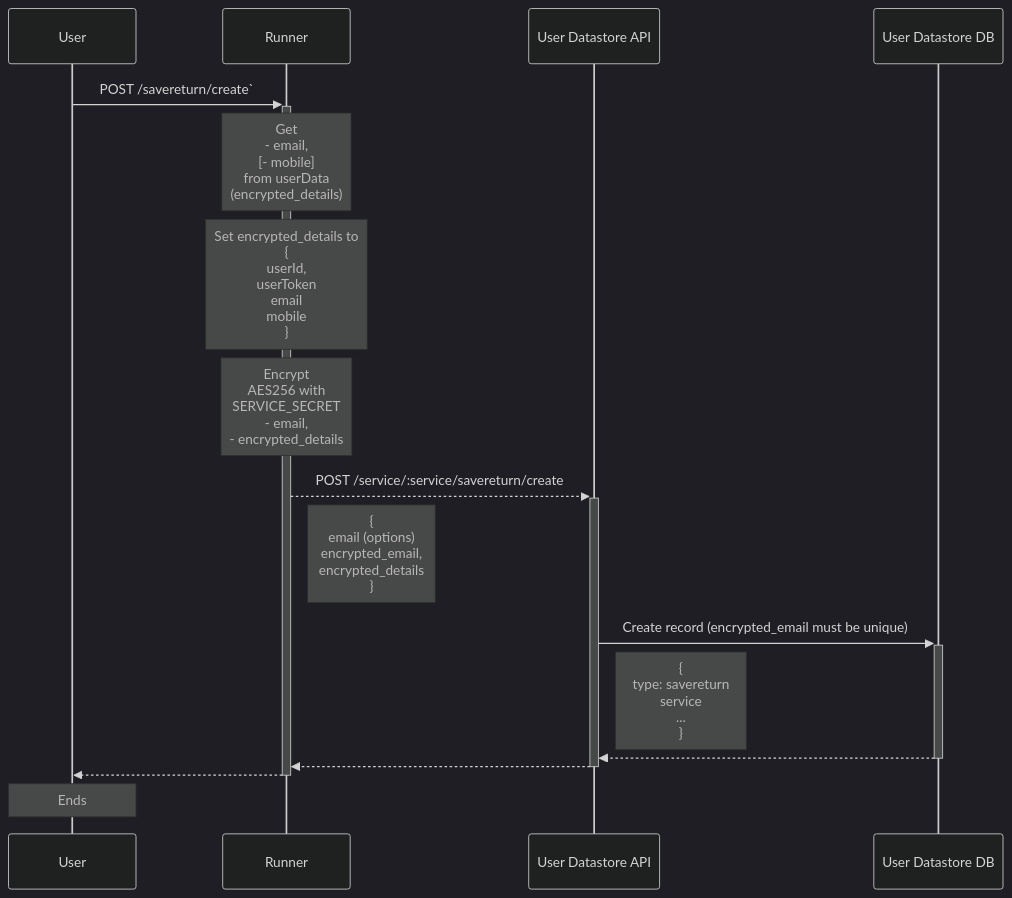
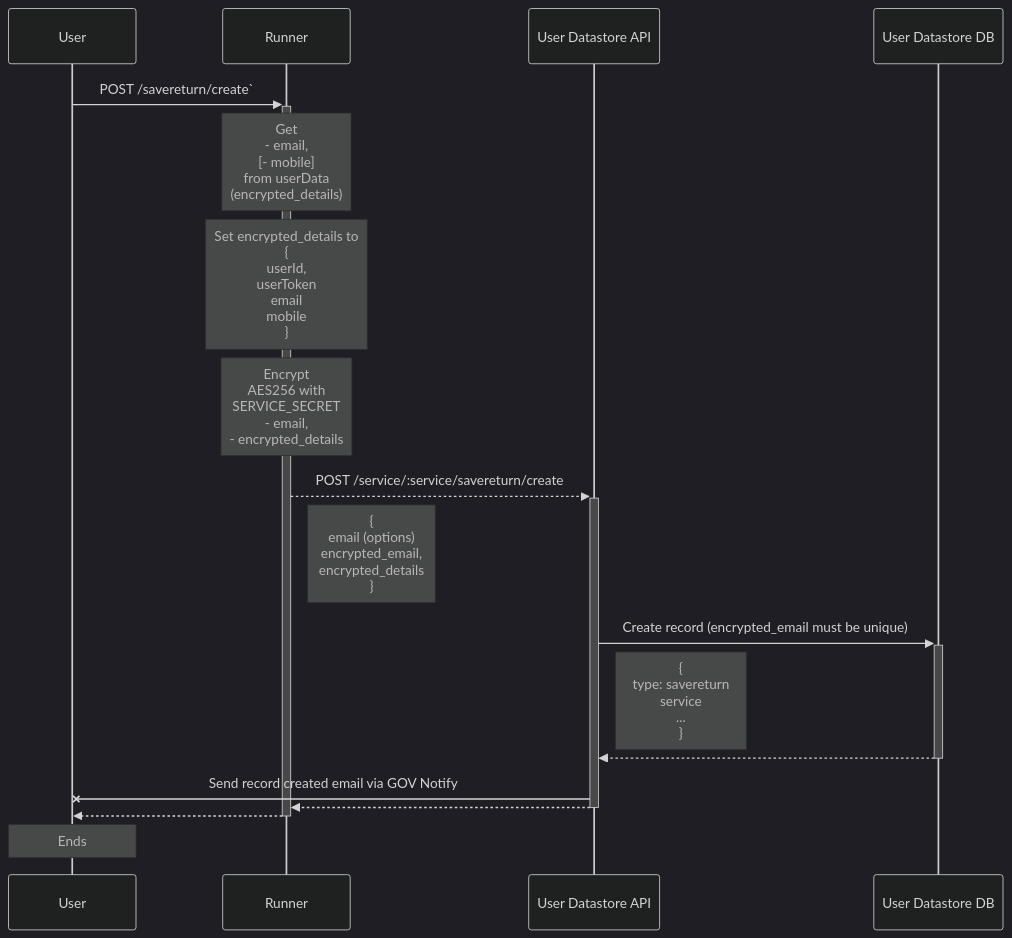
The diagram in documentation/running/save-and-return/files/return--setup--create-record.mmd (ministryofjustice/form-builder), drawn with Mermaid (dark theme) before and after one commit.

Commit message:
Add sending of email to create savereturn record API call

```diff
--- a/documentation/running/save-and-return/files/return--setup--create-record.mmd
+++ b/documentation/running/save-and-return/files/return--setup--create-record.mmd
@@ -1,33 +1,35 @@
 sequenceDiagram
 
 participant U as User
 
 participant R as Runner
 
 participant DS as User Datastore API
 
 participant DB as User Datastore DB
 
 U->>+R: POST /savereturn/create`
 
 Note over R: Get<br>- email,<br>[- mobile]<br>from userData<br>(encrypted_details)
 
 Note over R: Set encrypted_details to<br>{<br>userId,<br>userToken<br>email<br>mobile<br>}
 
 Note over R: Encrypt <br>AES256 with <br>SERVICE_SECRET <br>- email, <br>- encrypted_details
 
 R-->>+DS: POST /service/:service/savereturn/create
 
 Note right of R: {<br>email (options)<br>encrypted_email, <br>encrypted_details<br>}
 
 DS->>+DB: Create record (encrypted_email must be unique)
 
 Note right of DS: {<br>type: savereturn<br>service<br>...<br>}
 
 DB-->>-DS: 
 
+DS-XU: Send record created email via GOV Notify
+
 DS-->>-R: 
 
 R-->>-U:  
 
 Note over U: Ends
```
